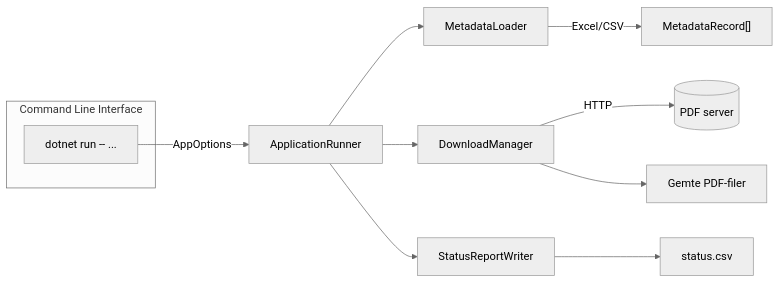
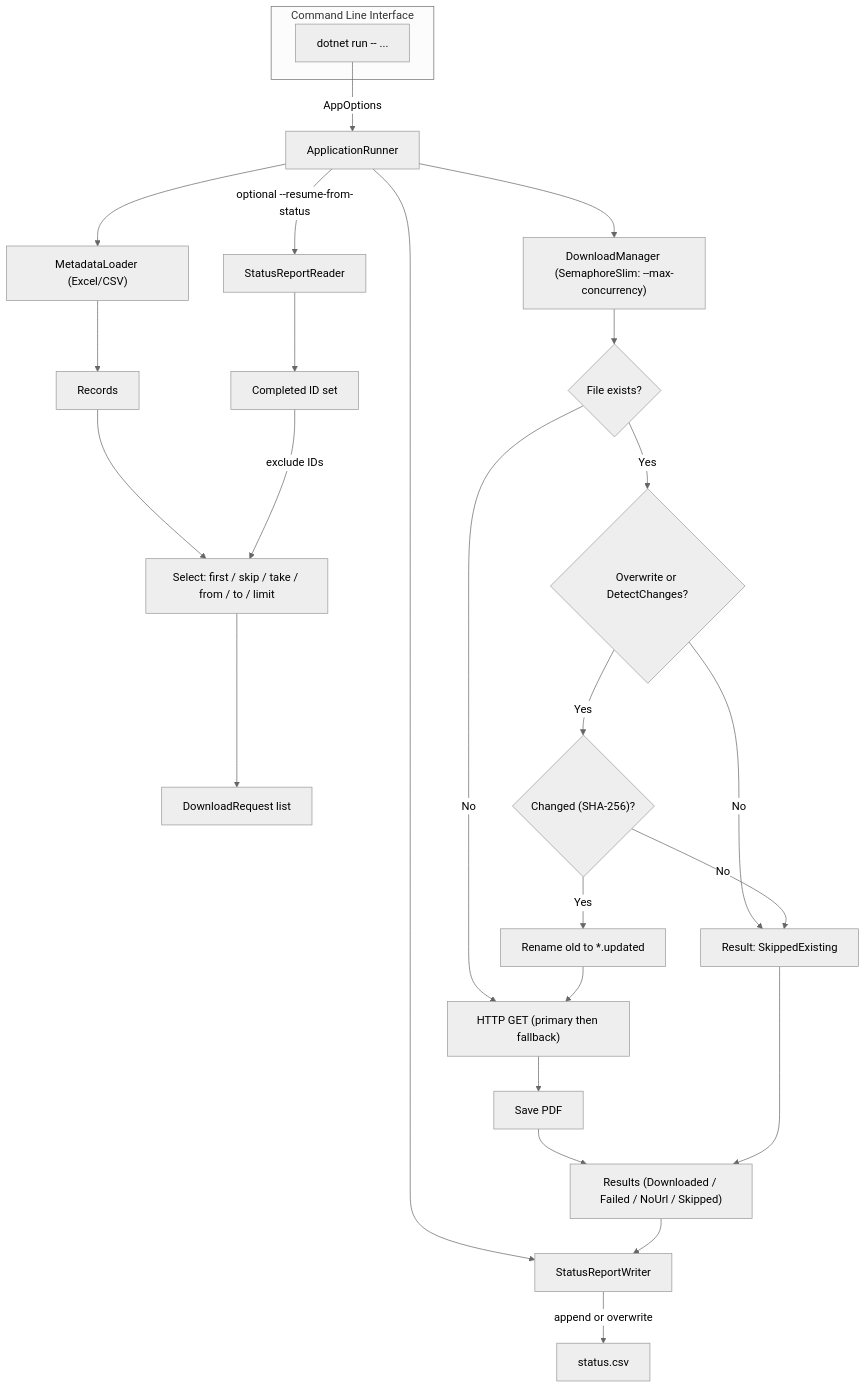
Before and after one commit to saphyron/Opgave-1-PDF-Downloader: the diagram in README.md, drawn with Mermaid (neutral theme). The commit also changed other lines of this file, not shown here.

````diff
--- a/README.md
+++ b/README.md
@@ -62,16 +79,47 @@
 ```mermaid
-flowchart LR
-    subgraph CLI["Command Line Interface"]
-        CMD["dotnet run -- ..."]
-    end
+flowchart TB
+  subgraph CLI["Command Line Interface"]
+    CMD["dotnet run -- ..."]
+  end
 
-    CMD -->|AppOptions| RUN["ApplicationRunner"]
-    RUN --> LOAD["MetadataLoader"]
-    LOAD -->|Excel/CSV| RECORDS["MetadataRecord[]"]
-    RUN --> MGR["DownloadManager"]
-    MGR -->|HTTP| PDF[(PDF server)]
-    MGR --> FILES["Gemte PDF-filer"]
-    RUN --> REPORT["StatusReportWriter"]
-    REPORT --> CSV["status.csv"]
+  CMD -->|AppOptions| RUN["ApplicationRunner"]
+
+  %% Resume from status.csv
+  RUN -->|optional --resume-from-status| READ["StatusReportReader"]
+  READ --> DONE["Completed ID set"]
+
+  %% Load metadata
+  RUN --> LOAD["MetadataLoader (Excel/CSV)"]
+  LOAD --> RECS["Records"]
+
+  %% Selection / filtering
+  RECS --> FILTER["Select: first / skip / take / from / to / limit"]
+  DONE -->|exclude IDs| FILTER
+
+  FILTER --> REQ["DownloadRequest list"]
+
+  %% Download manager with throttling
+  RUN --> MGR["DownloadManager (SemaphoreSlim: --max-concurrency)"]
+
+  %% Existence / overwrite / change detection
+  MGR --> EXIST{"File exists?"}
+  EXIST -- "No" --> FETCH["HTTP GET (primary then fallback)"]
+  EXIST -- "Yes" --> OVER{"Overwrite or DetectChanges?"}
+
+  OVER -- "No" --> SKIP["Result: SkippedExisting"]
+  OVER -- "Yes" --> CHK{"Changed (SHA-256)?"}
+  CHK -- "No" --> SKIP
+  CHK -- "Yes" --> RENAME["Rename old to *.updated"]
+
+  RENAME --> FETCH
+  FETCH --> SAVE["Save PDF"]
+
+  SAVE --> RESULTS["Results (Downloaded / Failed / NoUrl / Skipped)"]
+  SKIP --> RESULTS
+
+  %% Reporting
+  RUN --> REPORT["StatusReportWriter"]
+  RESULTS --> REPORT
+  REPORT -->|append or overwrite| CSV["status.csv"]
 
 ```
````
